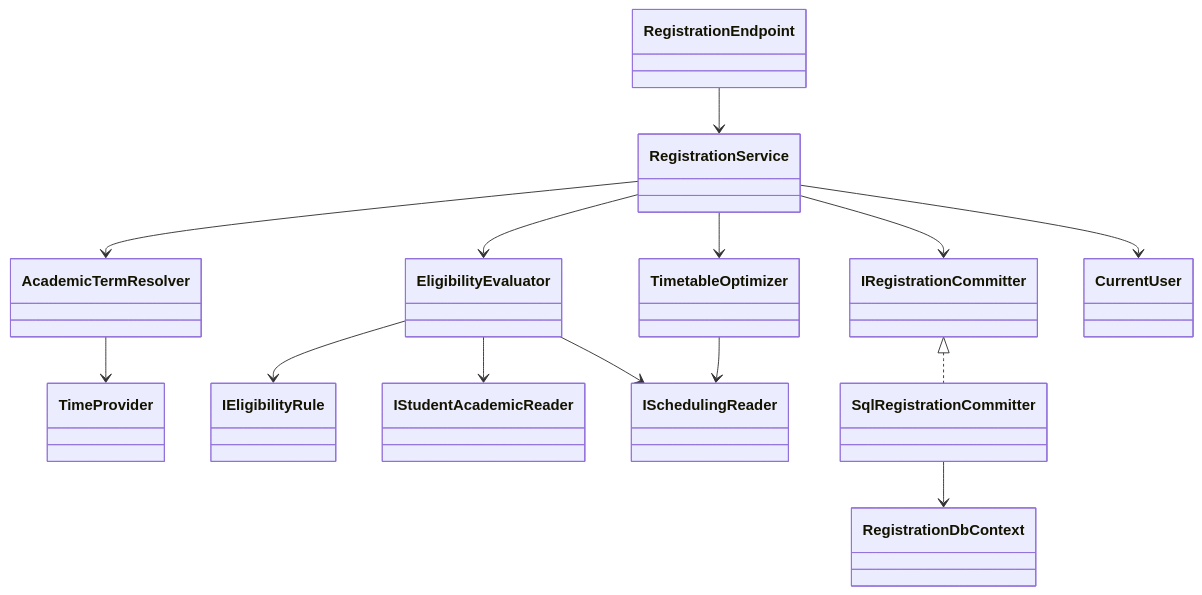
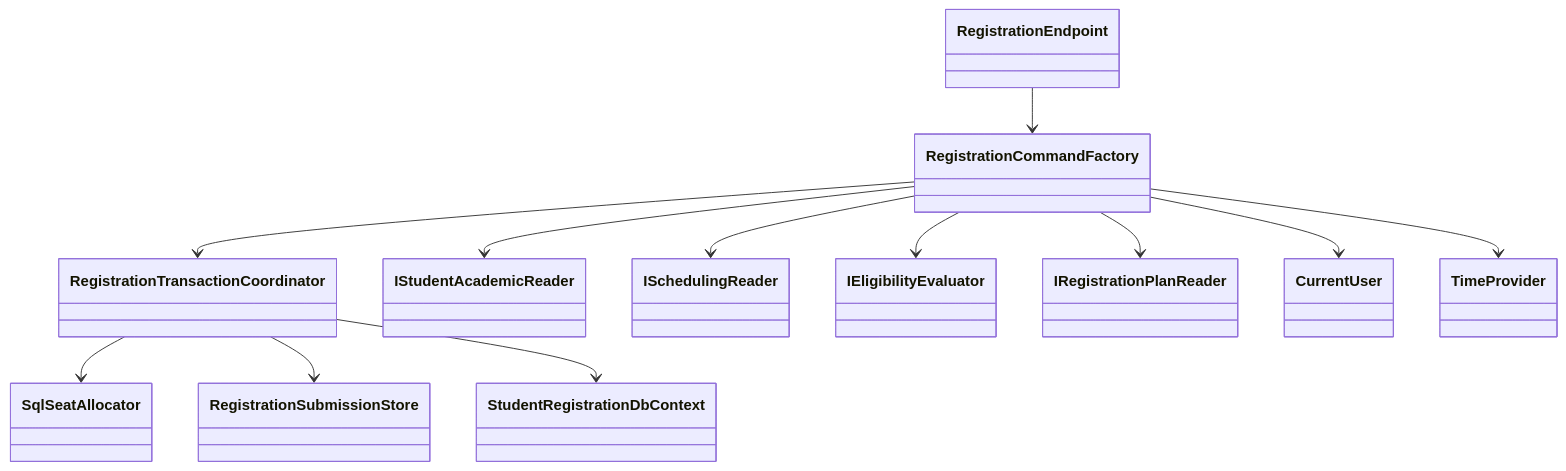
The first of 4 diagrams in docs/diagrams/CLASS_DIAGRAM.md (ahmedelbamby-aast/Student-Registeration-System), drawn with Mermaid before and after one commit. The commit also changed other lines of this file and 154 other files, not shown here.

````diff
--- a/docs/diagrams/CLASS_DIAGRAM.md
+++ b/docs/diagrams/CLASS_DIAGRAM.md
@@ -5,30 +10,27 @@
 ```mermaid
 classDiagram
   class RegistrationEndpoint
-  class RegistrationService
-  class AcademicTermResolver
-  class EligibilityEvaluator
-  class IEligibilityRule
-  class TimetableOptimizer
-  class IRegistrationCommitter
-  class SqlRegistrationCommitter
-  class RegistrationDbContext
+  class RegistrationCommandFactory
+  class RegistrationTransactionCoordinator
+  class SqlSeatAllocator
+  class RegistrationSubmissionStore
+  class StudentRegistrationDbContext
   class IStudentAcademicReader
   class ISchedulingReader
+  class IEligibilityEvaluator
+  class IRegistrationPlanReader
+  class CurrentUser
   class TimeProvider
-  class CurrentUser
 
-  RegistrationEndpoint --> RegistrationService
-  RegistrationService --> AcademicTermResolver
-  RegistrationService --> EligibilityEvaluator
-  RegistrationService --> TimetableOptimizer
-  RegistrationService --> IRegistrationCommitter
-  RegistrationService --> CurrentUser
-  AcademicTermResolver --> TimeProvider
-  EligibilityEvaluator --> IEligibilityRule
-  EligibilityEvaluator --> IStudentAcademicReader
-  EligibilityEvaluator --> ISchedulingReader
-  TimetableOptimizer --> ISchedulingReader
-  IRegistrationCommitter <|.. SqlRegistrationCommitter
-  SqlRegistrationCommitter --> RegistrationDbContext
+  RegistrationEndpoint --> RegistrationCommandFactory
+  RegistrationCommandFactory --> CurrentUser
+  RegistrationCommandFactory --> TimeProvider
+  RegistrationCommandFactory --> IStudentAcademicReader
+  RegistrationCommandFactory --> ISchedulingReader
+  RegistrationCommandFactory --> IEligibilityEvaluator
+  RegistrationCommandFactory --> IRegistrationPlanReader
+  RegistrationCommandFactory --> RegistrationTransactionCoordinator
+  RegistrationTransactionCoordinator --> SqlSeatAllocator
+  RegistrationTransactionCoordinator --> RegistrationSubmissionStore
+  RegistrationTransactionCoordinator --> StudentRegistrationDbContext
 ```
````
